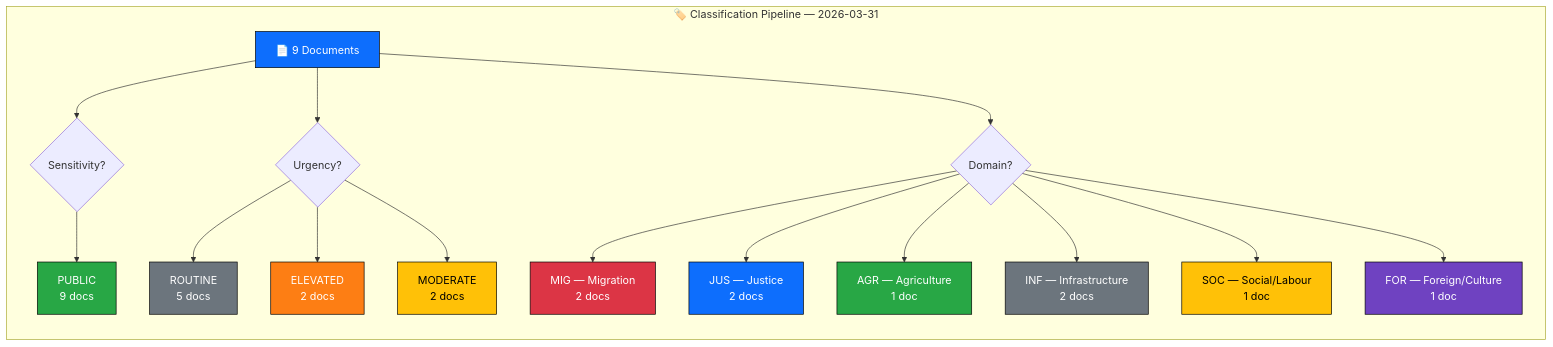
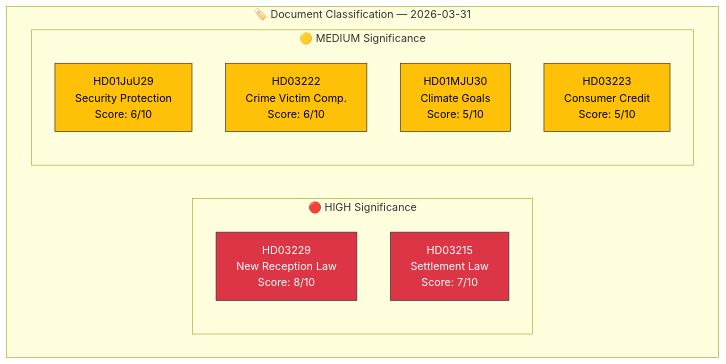
Before and after one commit to Hack23/riksdagsmonitor: the diagram in analysis/daily/2026-03-31/classification-results.md, drawn with Mermaid. The commit also changed other lines of this file and 22 other files, not shown here.

````diff
--- a/analysis/daily/2026-03-31/classification-results.md
+++ b/analysis/daily/2026-03-31/classification-results.md
@@ -32,43 +16,22 @@
 ```mermaid
-graph LR
-    subgraph "🏷️ Classification Pipeline — 2026-03-31"
-        DOC["📄 9 Documents"]
-        SENS{"Sensitivity?"}
-        PUB["PUBLIC<br/>9 docs"]
-        URG{"Urgency?"}
-        ROUT["ROUTINE<br/>5 docs"]
-        ELEV["ELEVATED<br/>2 docs"]
-        MOD["MODERATE<br/>2 docs"]
-        DOM{"Domain?"}
-        MIG["MIG — Migration<br/>2 docs"]
-        JUS["JUS — Justice<br/>2 docs"]
-        AGR["AGR — Agriculture<br/>1 doc"]
-        INF["INF — Infrastructure<br/>2 docs"]
-        SOC["SOC — Social/Labour<br/>1 doc"]
-        FOR["FOR — Foreign/Culture<br/>1 doc"]
+graph TD
+    subgraph "🏷️ Document Classification — 2026-03-31"
+        subgraph "🔴 HIGH Significance"
+            D1["HD03229<br/>New Reception Law<br/>Score: 8/10"]
+            D2["HD03215<br/>Settlement Law<br/>Score: 7/10"]
+        end
+        subgraph "🟡 MEDIUM Significance"
+            D3["HD01JuU29<br/>Security Protection<br/>Score: 6/10"]
+            D4["HD03222<br/>Crime Victim Comp.<br/>Score: 6/10"]
+            D5["HD01MJU30<br/>Climate Goals<br/>Score: 5/10"]
+            D6["HD03223<br/>Consumer Credit<br/>Score: 5/10"]
+        end
     end
-    DOC --> SENS
-    SENS --> PUB
-    DOC --> URG
-    URG --> ROUT
-    URG --> ELEV
-    URG --> MOD
-    DOC --> DOM
-    DOM --> MIG
-    DOM --> JUS
-    DOM --> AGR
-    DOM --> INF
-    DOM --> SOC
-    DOM --> FOR
-    style DOC fill:#0d6efd,stroke:#000,color:#fff
-    style PUB fill:#28a745,stroke:#000,color:#fff
-    style ROUT fill:#6c757d,stroke:#000,color:#fff
-    style ELEV fill:#fd7e14,stroke:#000,color:#fff
-    style MOD fill:#ffc107,stroke:#000,color:#000
-    style MIG fill:#dc3545,stroke:#000,color:#fff
-    style JUS fill:#0d6efd,stroke:#000,color:#fff
-    style AGR fill:#28a745,stroke:#000,color:#fff
-    style INF fill:#6c757d,stroke:#000,color:#fff
-    style SOC fill:#ffc107,stroke:#000,color:#000
-    style FOR fill:#6f42c1,stroke:#000,color:#fff
+
+    style D1 fill:#dc3545,stroke:#333,color:#fff
+    style D2 fill:#dc3545,stroke:#333,color:#fff
+    style D3 fill:#ffc107,stroke:#333,color:#000
+    style D4 fill:#ffc107,stroke:#333,color:#000
+    style D5 fill:#ffc107,stroke:#333,color:#000
+    style D6 fill:#ffc107,stroke:#333,color:#000
 ```
````
